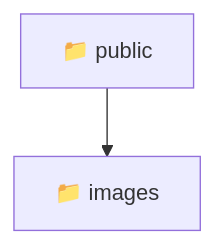
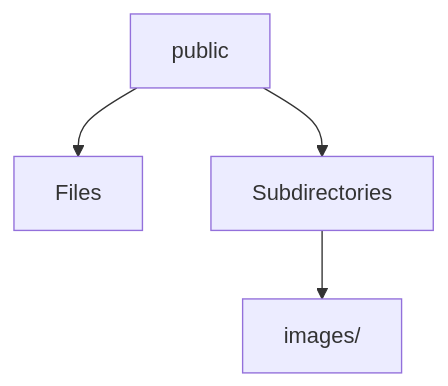
One commit to beginwebdev2002/fullstack-mavluda changed the diagram in frontend/public/README.md. Above: the diagram before and after it, drawn with Mermaid. The commit also changed other lines of this file and 167 other files, not shown here.

````diff
--- a/frontend/public/README.md
+++ b/frontend/public/README.md
@@ -9,5 +12,6 @@
 ```mermaid
 graph TD
-  public["📁 public"]
-  public --> images["📁 images"]
+  public --> Files
+  public --> Subdirectories
+  Subdirectories --> images[images/]
 ```
````
